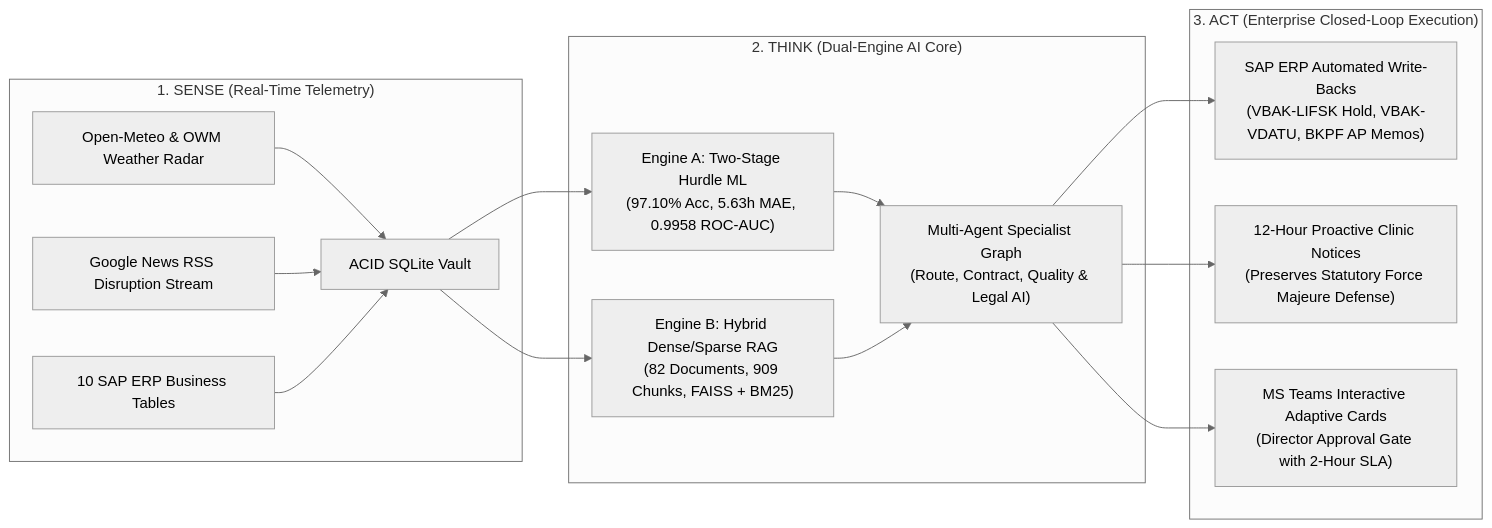
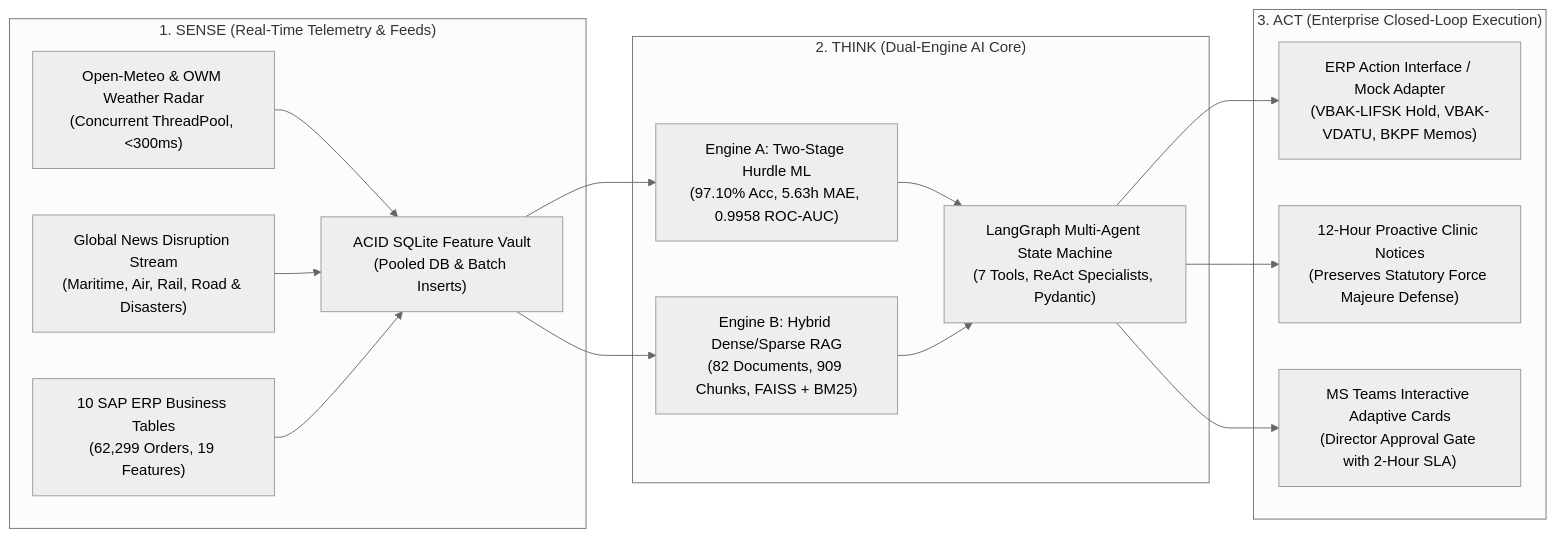
The first of 4 diagrams in O2C_AI_ENTERPRISE_ARCHITECTURE_AND_BUSINESS_GUIDE.md (Az-har/O2C_AI), drawn with Mermaid (neutral theme) before and after one commit. The commit also changed other lines of this file and 87 other files, not shown here.

Commit message:
feat: implement LangGraph multi-agent architecture, global multimodal scraper, agent tools, and update master architectural specifications

````diff
--- a/O2C_AI_ENTERPRISE_ARCHITECTURE_AND_BUSINESS_GUIDE.md
+++ b/O2C_AI_ENTERPRISE_ARCHITECTURE_AND_BUSINESS_GUIDE.md
@@ -22,20 +22,20 @@
 ```mermaid
 graph LR
-    subgraph "1. SENSE (Real-Time Telemetry)"
-        A1["Open-Meteo & OWM Weather Radar"] --> B["ACID SQLite Vault"]
-        A2["Google News RSS Disruption Stream"] --> B
-        A3["10 SAP ERP Business Tables"] --> B
+    subgraph "1. SENSE (Real-Time Telemetry & Feeds)"
+        A1["Open-Meteo & OWM Weather Radar<br/>(Concurrent ThreadPool, <300ms)"] --> B["ACID SQLite Feature Vault<br/>(Pooled DB & Batch Inserts)"]
+        A2["Global News Disruption Stream<br/>(Maritime, Air, Rail, Road & Disasters)"] --> B
+        A3["10 SAP ERP Business Tables<br/>(62,299 Orders, 19 Features)"] --> B
     end
 
     subgraph "2. THINK (Dual-Engine AI Core)"
         B --> C1["Engine A: Two-Stage Hurdle ML<br/>(97.10% Acc, 5.63h MAE, 0.9958 ROC-AUC)"]
         B --> C2["Engine B: Hybrid Dense/Sparse RAG<br/>(82 Documents, 909 Chunks, FAISS + BM25)"]
-        C1 & C2 --> D["Multi-Agent Specialist Graph<br/>(Route, Contract, Quality & Legal AI)"]
+        C1 & C2 --> D["LangGraph Multi-Agent State Machine<br/>(7 Tools, ReAct Specialists, Pydantic)"]
     end
 
     subgraph "3. ACT (Enterprise Closed-Loop Execution)"
-        D --> E1["SAP ERP Automated Write-Backs<br/>(VBAK-LIFSK Hold, VBAK-VDATU, BKPF AP Memos)"]
+        D --> E1["ERP Action Interface / Mock Adapter<br/>(VBAK-LIFSK Hold, VBAK-VDATU, BKPF Memos)"]
         D --> E2["12-Hour Proactive Clinic Notices<br/>(Preserves Statutory Force Majeure Defense)"]
         D --> E3["MS Teams Interactive Adaptive Cards<br/>(Director Approval Gate with 2-Hour SLA)"]
     end
 ```
````
